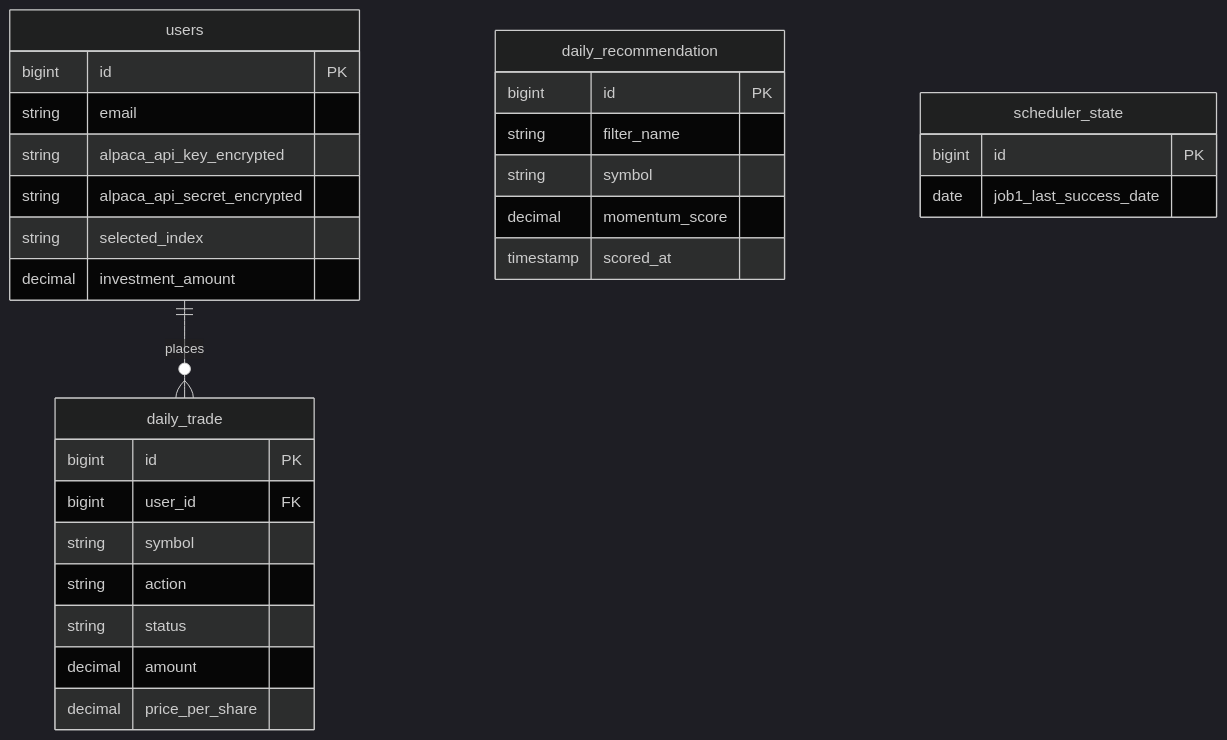
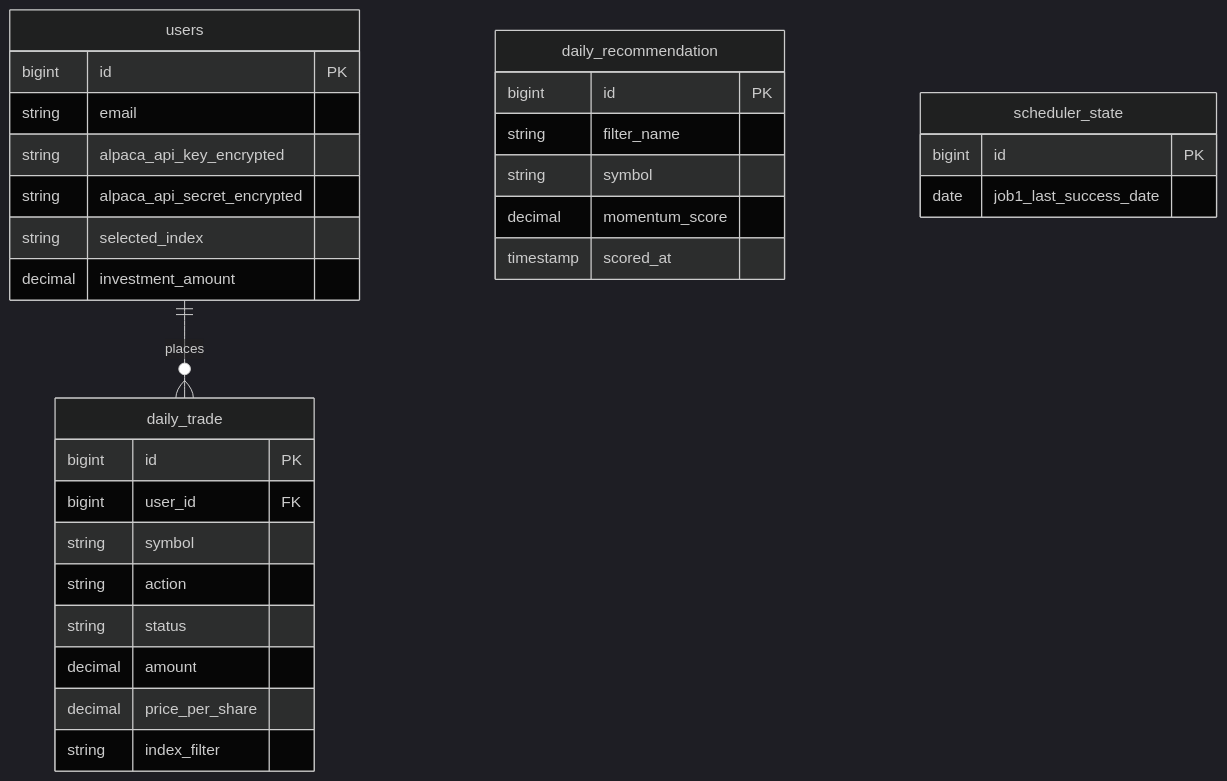
The fourth of 4 diagrams in ARCHITECTURE.md (shivam-tamboli/momentum-trading-system), drawn with Mermaid (dark theme) before and after one commit. The commit also changed 5 other files, not shown here.

Commit message:
feat: track index_filter on daily_trade rows — closes #91

````diff
--- a/ARCHITECTURE.md
+++ b/ARCHITECTURE.md
@@ -92,33 +92,34 @@
 ```mermaid
 erDiagram
     users ||--o{ daily_trade : "places"
 
     users {
         bigint id PK
         string email
         string alpaca_api_key_encrypted
         string alpaca_api_secret_encrypted
         string selected_index
         decimal investment_amount
     }
     daily_recommendation {
         bigint id PK
         string filter_name
         string symbol
         decimal momentum_score
         timestamp scored_at
     }
     daily_trade {
         bigint id PK
         bigint user_id FK
         string symbol
         string action
         string status
         decimal amount
         decimal price_per_share
+        string index_filter
     }
     scheduler_state {
         bigint id PK
         date job1_last_success_date
     }
 ```
````
